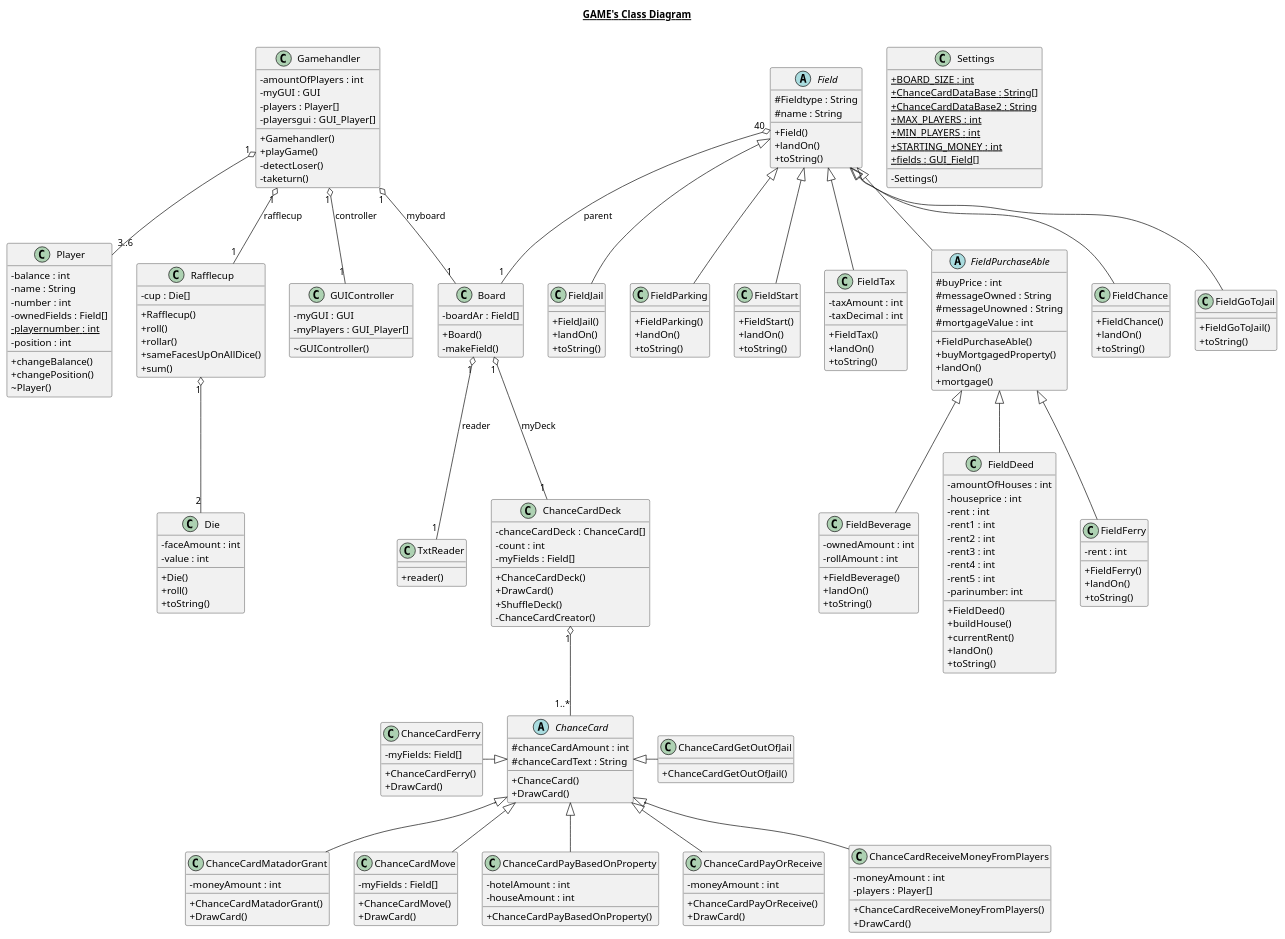
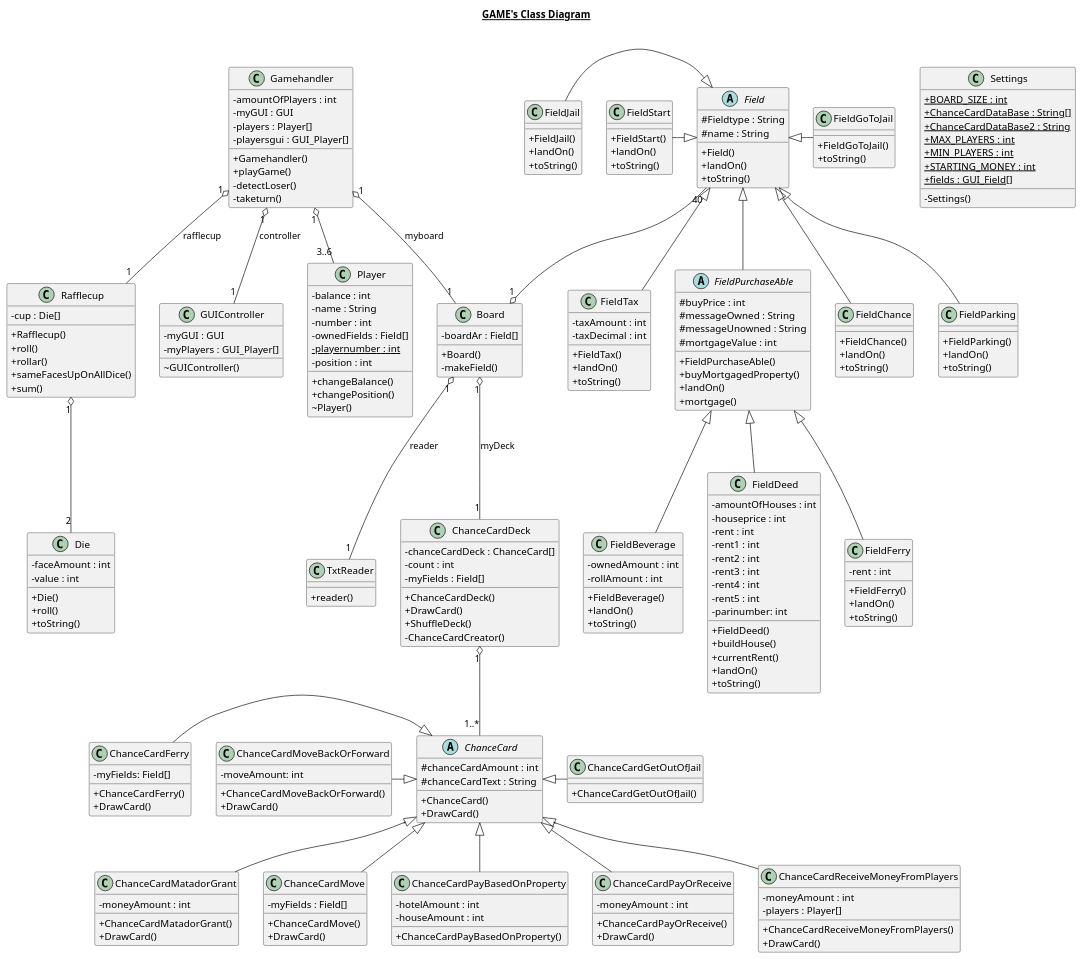
The diagram in UML/DesignClassDiagram.plantuml (christianhyltoft/GAMEassignment), drawn with PlantUML before and after one commit.

Commit message:
Update to design class diagram

```diff
--- a/UML/DesignClassDiagram.plantuml
+++ b/UML/DesignClassDiagram.plantuml
@@ -35,7 +35,15 @@
     class ChanceCardGetOutOfJail {
         + ChanceCardGetOutOfJail()
     }
-class ChanceCardFerry {
+
+    class ChanceCardMoveBackOrForward {
+    -moveAmount: int
+    + ChanceCardMoveBackOrForward()
+    + DrawCard()
+
+        }
+
+    class ChanceCardFerry {
         - myFields: Field[]
         + ChanceCardFerry()
         + DrawCard()
@@ -271,19 +279,20 @@
   ChanceCardMatadorGrant -up-|> ChanceCard
   ChanceCardMove -up-|> ChanceCard
   ChanceCardFerry -|> ChanceCard
+  ChanceCardMoveBackOrForward -|> ChanceCard
   ChanceCardPayBasedOnProperty -up-|> ChanceCard
   ChanceCardPayOrReceive -up-|> ChanceCard
   ChanceCardReceiveMoneyFromPlayers -up-|> ChanceCard
-  Field"40" o-- "1"Board : parent
+  Field"40" --o "1"Board
   FieldBeverage -up-|> FieldPurchaseAble
   FieldChance -up-|> Field
   FieldDeed -up-|> FieldPurchaseAble
   FieldFerry -up-|> FieldPurchaseAble
-  FieldGoToJail -up-|> Field
-  FieldJail -up-|> Field
+  Field <|- FieldGoToJail
+  FieldJail -|> Field
   FieldParking -up-|> Field
   FieldPurchaseAble -up-|> Field
-  FieldStart -up-|> Field
+  FieldStart -|> Field
   FieldTax -up-|> Field
   ChanceCardDeck"1" o-- "1..*"ChanceCard
   Gamehandler"1" o-- "1"GUIController : controller
```
